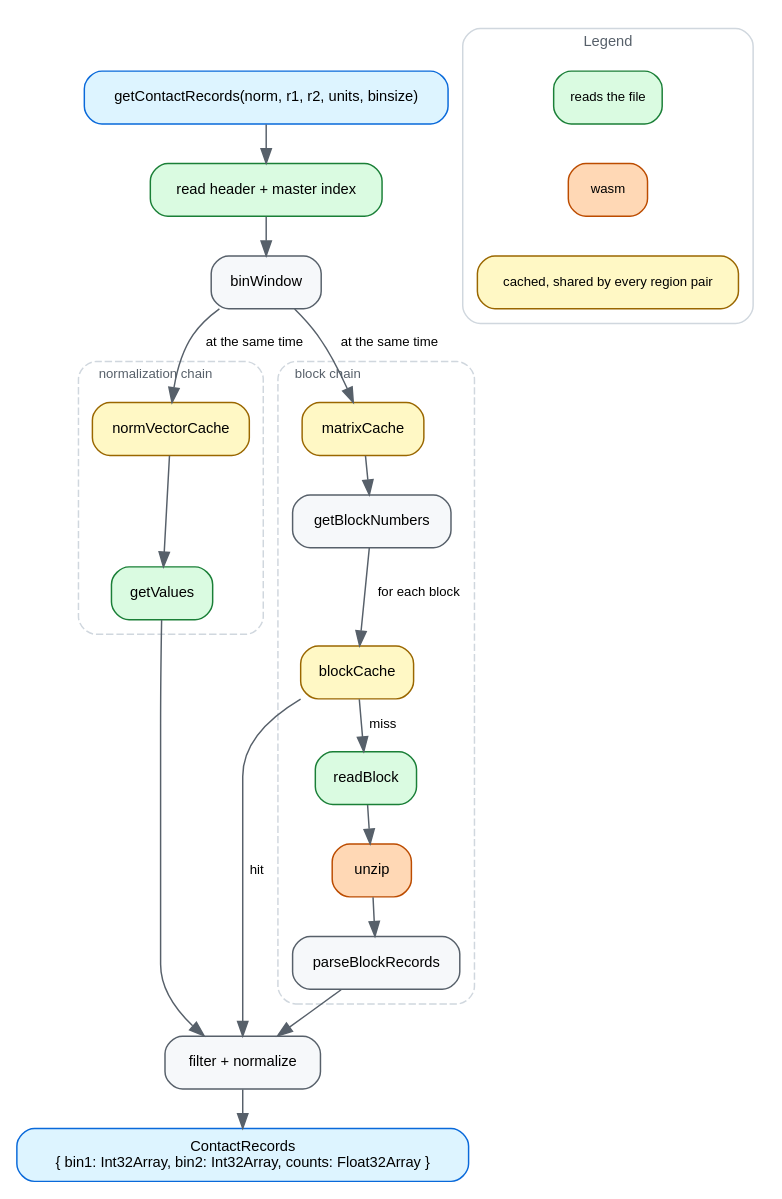
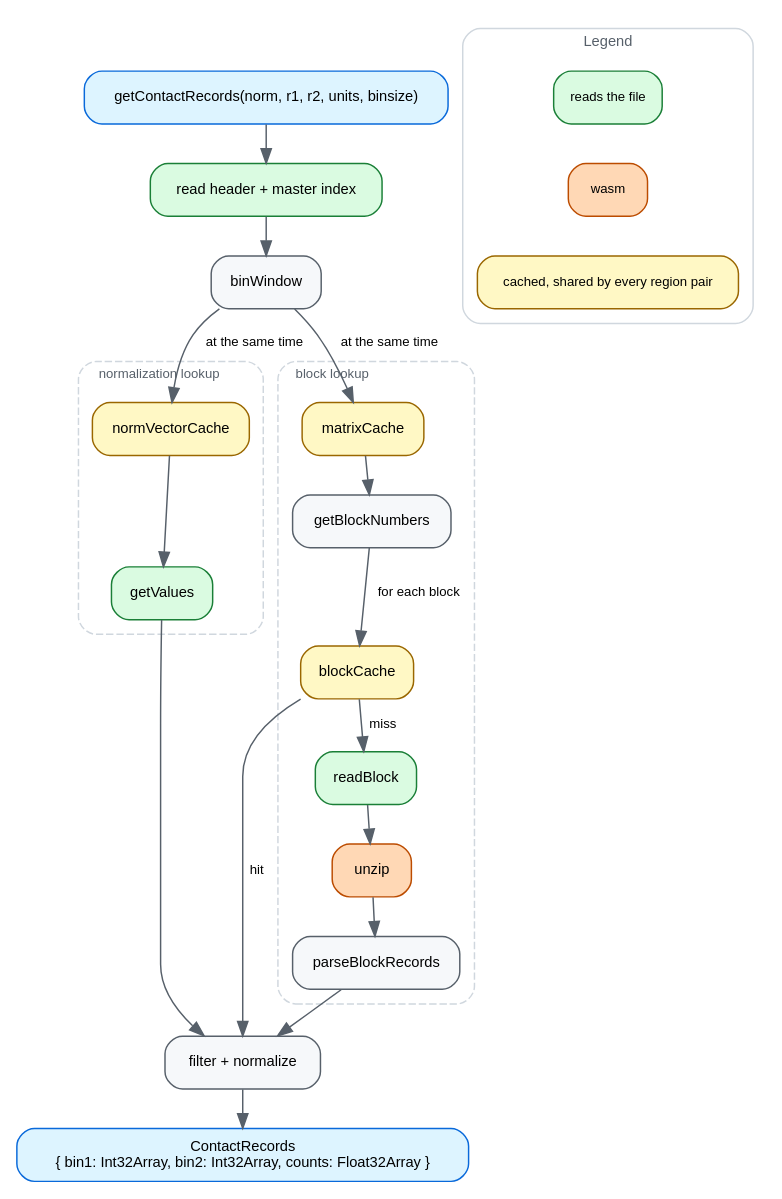
The diagram in docs/img/dataflow.dot (GMOD/hic), drawn with Graphviz before and after one commit. The commit also changed 2 other files, not shown here.

```diff
--- a/docs/img/dataflow.dot
+++ b/docs/img/dataflow.dot
@@ -1,93 +1,93 @@
 // Source for docs/img/dataflow.svg, which docs/dataflow.md embeds.
 // Regenerate with: dot -Tsvg docs/img/dataflow.dot -o docs/img/dataflow.svg
 //
 // Deliberately the MAIN PATH only — the pre-v9 walk for the norm vector index,
 // the per-vector value cache and the block encodings are described in
 // dataflow.md instead. A diagram that shows every branch stops being the thing
 // you look at first. Each node names the cache or function doing the work;
 // dataflow.md defines the `.hic` vocabulary — matrix, block, vector — above
 // the diagram.
 //
 // SYNC: ~/src/gmod/bam-js/docs/img/dataflow.dot — same palette, legend and
 // spine; ~/src/gmod/tabix-js and ~/src/gmod/cram-js share them too. hic's own
-// addition is the two clusters: the normalization chain and the block chain,
-// the two a region pair walks concurrently.
+// addition is the two clusters: the normalization lookup and the block
+// lookup, the two paths a region pair runs concurrently.
 digraph hicjs {
   rankdir=TB
   newrank=true
   bgcolor="white"
   nodesep=0.3
   ranksep=0.36
   node [shape=box style="filled,rounded" fillcolor="#f6f8fa" color="#57606a"
         fontname="Helvetica" fontsize=10 margin="0.14,0.07"]
   edge [color="#57606a" fontname="Helvetica" fontsize=9]
 
   query [label="getContactRecords(norm, r1, r2, units, binsize)" fillcolor="#ddf4ff" color="#0969da"]
   init  [label="read header + master index" fillcolor="#dafbe1" color="#1a7f37"]
   win   [label="binWindow"]
 
   subgraph cluster_norm {
-    label="normalization chain"
+    label="normalization lookup"
     labeljust="l"
     fontname="Helvetica" fontsize=9 fontcolor="#57606a" color="#d0d7de"
     style="rounded,dashed"
     margin=10
 
     nvcache [label="normVectorCache" fillcolor="#fff8c5" color="#9a6700"]
     nvvals  [label="getValues" fillcolor="#dafbe1" color="#1a7f37"]
   }
 
   subgraph cluster_blocks {
-    label="block chain"
+    label="block lookup"
     labeljust="l"
     fontname="Helvetica" fontsize=9 fontcolor="#57606a" color="#d0d7de"
     style="rounded,dashed"
     margin=10
 
     matcache [label="matrixCache" fillcolor="#fff8c5" color="#9a6700"]
     blknums  [label="getBlockNumbers"]
     blkcache [label="blockCache" fillcolor="#fff8c5" color="#9a6700"]
     readblk  [label="readBlock" fillcolor="#dafbe1" color="#1a7f37"]
     unzip    [label="unzip" fillcolor="#ffd8b5" color="#bc4c00"]
     parse    [label="parseBlockRecords"]
   }
 
   filter [label="filter + normalize"]
   out    [label="ContactRecords\n{ bin1: Int32Array, bin2: Int32Array, counts: Float32Array }" fillcolor="#ddf4ff" color="#0969da"]
 
   query -> init
   init  -> win
 
   win -> nvcache  [label=" at the same time "]
   win -> matcache [label=" at the same time "]
   { rank=same; nvcache; matcache }
 
   nvcache -> nvvals
   nvvals  -> filter
 
   matcache -> blknums
   blknums  -> blkcache [label=" for each block "]
   blkcache -> readblk [label=" miss "]
   blkcache -> filter  [label=" hit "]
   readblk  -> unzip
   unzip    -> parse
   parse    -> filter
 
   filter -> out
 
   subgraph cluster_legend {
     label="Legend"
     labelloc="t"
     fontname="Helvetica"
     fontsize=10
     fontcolor="#57606a"
     color="#d0d7de"
     style="rounded"
     margin=10
     node [shape=box style="filled,rounded" fontsize=9 margin="0.1,0.04"]
     l1 [label="reads the file" fillcolor="#dafbe1" color="#1a7f37"]
     l2 [label="wasm" fillcolor="#ffd8b5" color="#bc4c00"]
     l3 [label="cached, shared by every region pair" fillcolor="#fff8c5" color="#9a6700"]
     l1 -> l2 -> l3 [style=invis]
   }
 }
```
